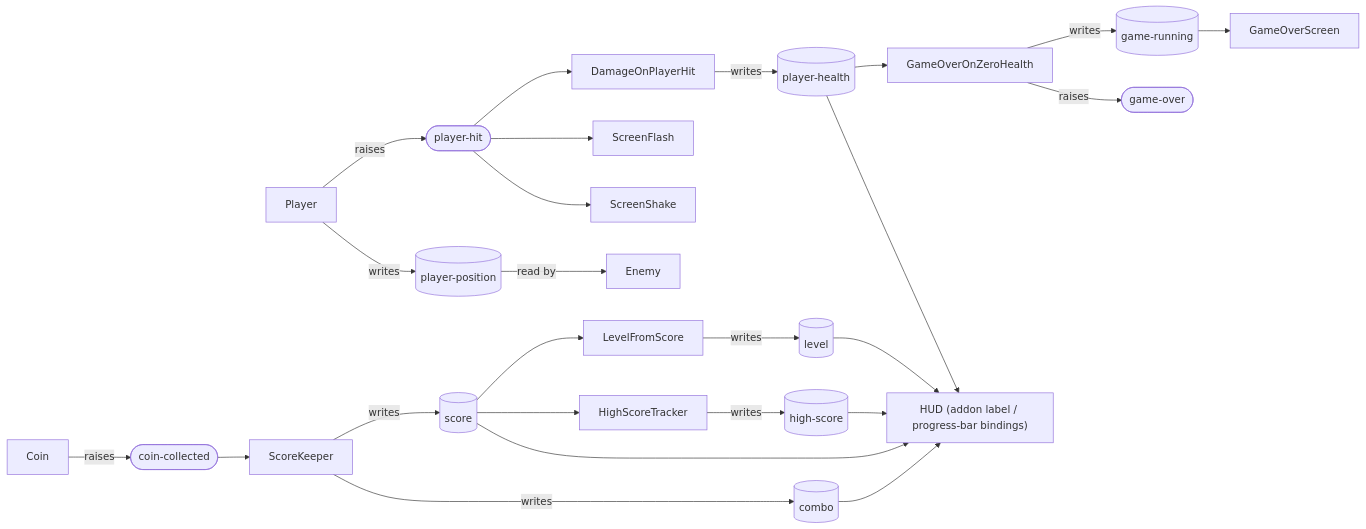
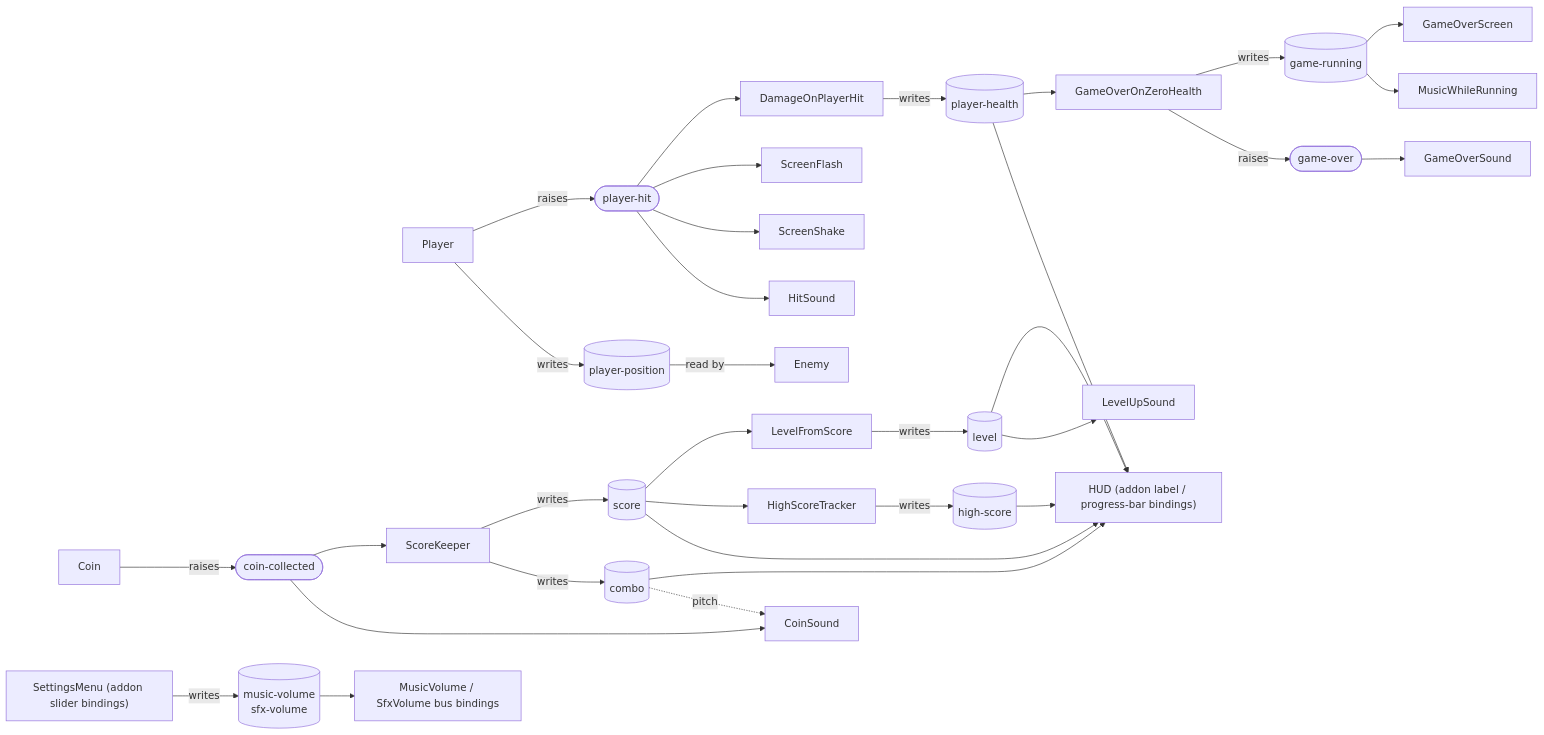
One commit to joranmarcy/Godot-MEDS-Comparison changed the second of 2 diagrams in README.md. Above: the diagram before and after it, drawn with Mermaid. The commit also changed other lines of this file and 55 other files, not shown here.

First line of the commit message:
Add audio bus layout, volume controls, and sound effects

````diff
--- a/README.md
+++ b/README.md
@@ -50,16 +57,24 @@
 ```mermaid
 flowchart LR
     Coin -- raises --> CC([coin-collected])
     Player -- raises --> PH([player-hit])
     Player -- writes --> POS[(player-position)]
     POS -- read by --> Enemy
     CC --> ScoreKeeper -- writes --> SCORE[(score)] & COMBO[(combo)]
     SCORE --> LevelFromScore -- writes --> LEVEL[(level)]
     SCORE --> HighScoreTracker -- writes --> HIGH[(high-score)]
     PH --> DamageOnPlayerHit -- writes --> HEALTH[(player-health)]
     HEALTH --> GameOverOnZeroHealth -- writes --> RUN[(game-running)]
     GameOverOnZeroHealth -- raises --> GO([game-over])
     PH --> ScreenFlash & ScreenShake
     SCORE & COMBO & LEVEL & HIGH & HEALTH --> HUD["HUD (addon label / progress-bar bindings)"]
     RUN --> GameOverScreen
+    CC --> CoinSound
+    COMBO -. pitch .-> CoinSound
+    PH --> HitSound
+    LEVEL --> LevelUpSound
+    GO --> GameOverSound
+    RUN --> MusicWhileRunning
+    SettingsMenu["SettingsMenu (addon slider bindings)"] -- writes --> VOL[(music-volume<br/>sfx-volume)]
+    VOL --> BusVolume["MusicVolume / SfxVolume bus bindings"]
 ```
````
